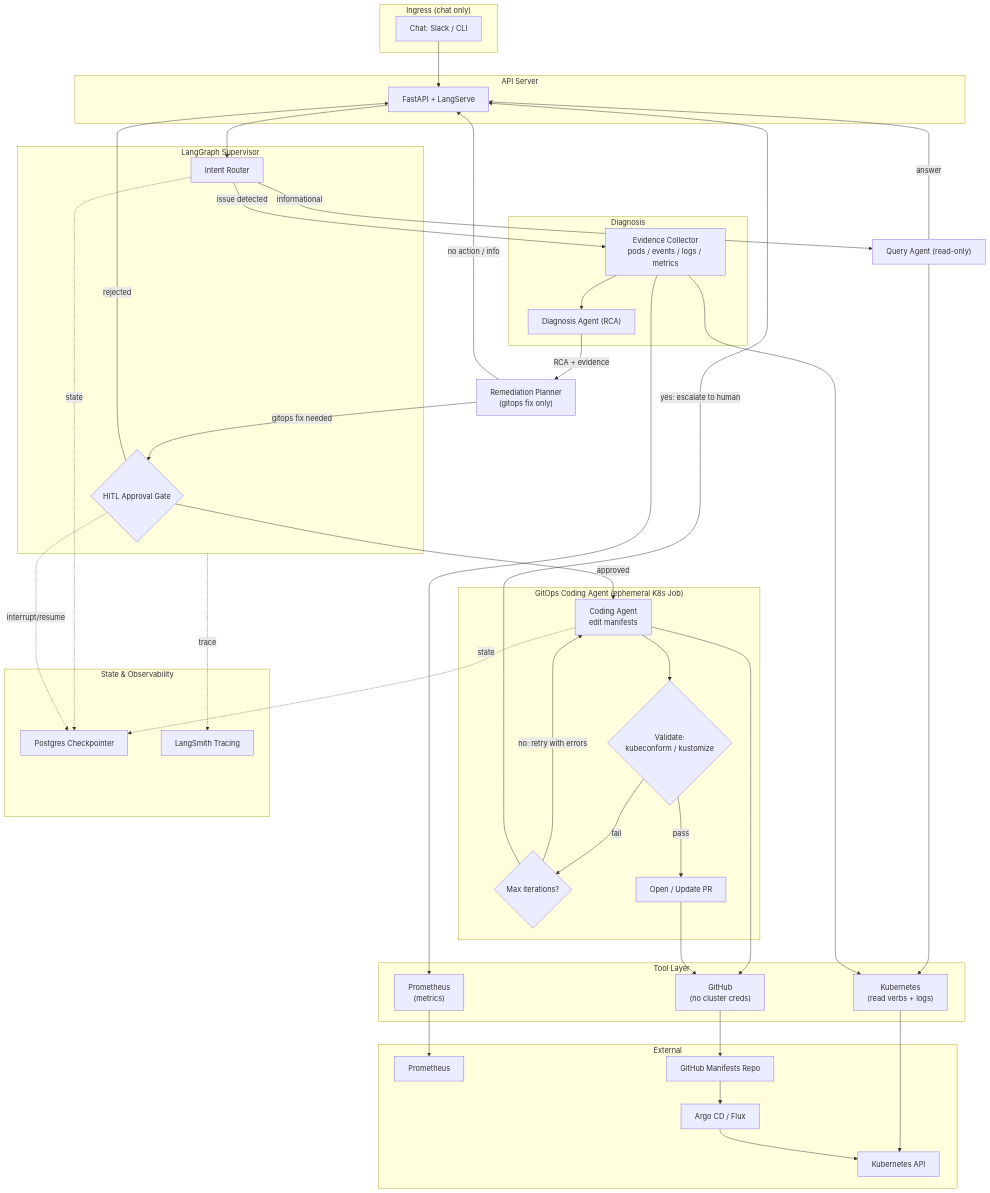
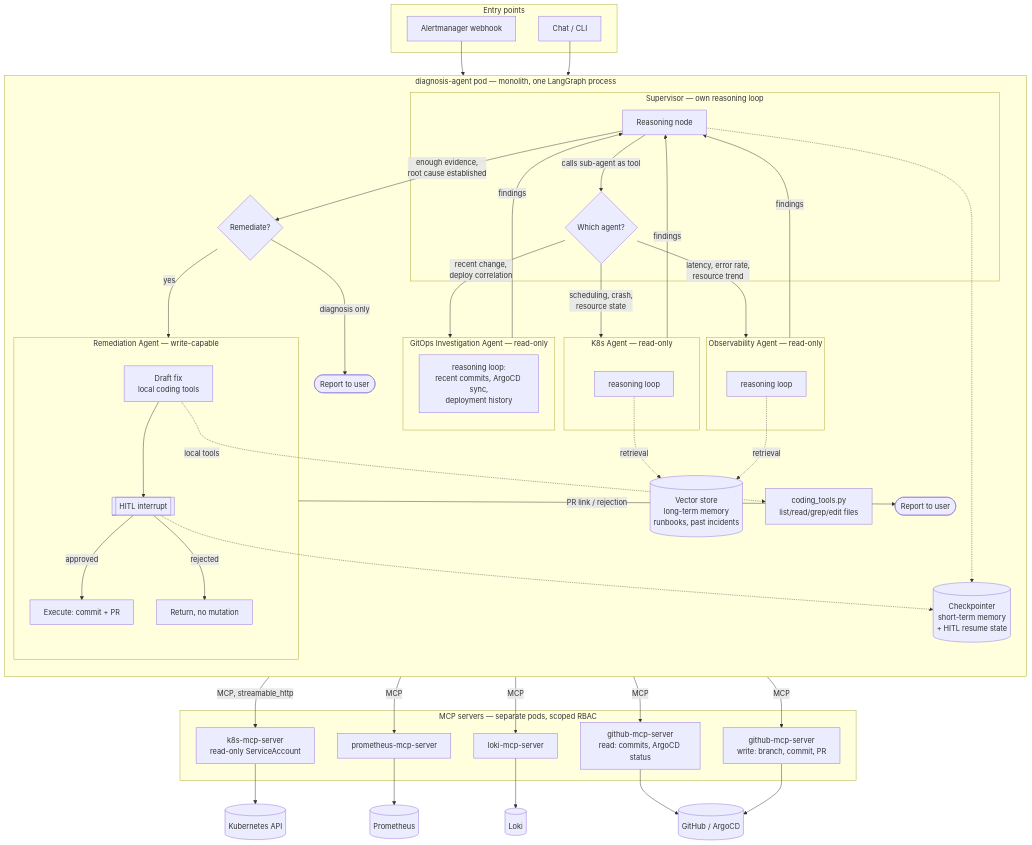
The diagram in README.md (BryMat24/Kubernaut), drawn with Mermaid before and after one commit. The commit also changed 2 other files, not shown here.

Commit message:
finalize README architecture

````diff
--- a/README.md
+++ b/README.md
@@ -16,82 +16,81 @@
 ```mermaid
 flowchart TB
-    subgraph Ingress["Ingress (chat only)"]
-        Chat["Chat: Slack / CLI"]
+    subgraph ENTRY["Entry points"]
+        WEBHOOK[Alertmanager webhook]
+        CHAT[Chat / CLI]
     end
 
-    subgraph Gateway["API Server"]
-        API["FastAPI + LangServe"]
+    WEBHOOK --> SUP
+    CHAT --> SUP
+
+    subgraph AGENT_POD["diagnosis-agent pod — monolith, one LangGraph process"]
+        direction TB
+
+        subgraph SUP_LOOP["Supervisor — own reasoning loop"]
+            SUP[Reasoning node]
+            SUP -->|calls sub-agent as tool| DISPATCH{Which agent?}
+        end
+
+        DISPATCH -->|scheduling, crash,<br/>resource state| K8S_AGENT
+        DISPATCH -->|latency, error rate,<br/>resource trend| OBS_AGENT
+        DISPATCH -->|recent change,<br/>deploy correlation| GITOPS_AGENT
+
+        K8S_AGENT -->|findings| SUP
+        OBS_AGENT -->|findings| SUP
+        GITOPS_AGENT -->|findings| SUP
+
+        SUP -->|enough evidence,<br/>root cause established| REMED_GATE{Remediate?}
+        REMED_GATE -->|yes| REMED_AGENT
+        REMED_GATE -->|diagnosis only| DONE([Report to user])
+
+        subgraph K8S_AGENT["K8s Agent — read-only"]
+            K8S_LOOP[reasoning loop]
+        end
+
+        subgraph OBS_AGENT["Observability Agent — read-only"]
+            OBS_LOOP[reasoning loop]
+        end
+
+        subgraph GITOPS_AGENT["GitOps Investigation Agent — read-only"]
+            GI_LOOP[reasoning loop:<br/>recent commits, ArgoCD sync,<br/>deployment history]
+        end
+
+        subgraph REMED_AGENT["Remediation Agent — write-capable"]
+            RD[Draft fix<br/>local coding tools]
+            RD --> RGATE[[HITL interrupt]]
+            RGATE -->|approved| RE[Execute: commit + PR]
+            RGATE -->|rejected| RR[Return, no mutation]
+        end
+
+        REMED_AGENT -->|PR link / rejection| DONE2([Report to user])
+
+        CHECKPOINT[(Checkpointer<br/>short-term memory<br/>+ HITL resume state)]
+        VECTOR[(Vector store<br/>long-term memory<br/>runbooks, past incidents)]
+
+        SUP -.-> CHECKPOINT
+        RGATE -.-> CHECKPOINT
+        K8S_LOOP -.retrieval.-> VECTOR
+        OBS_LOOP -.retrieval.-> VECTOR
+        RD -.local tools.-> CODING[coding_tools.py<br/>list/read/grep/edit files]
     end
 
-    subgraph Orchestrator["LangGraph Supervisor"]
-        Router["Intent Router"]
-        HITL{"HITL Approval Gate"}
+    K8S_LOOP -->|MCP, streamable_http| K8S_MCP
+    OBS_LOOP -->|MCP| PROM_MCP
+    OBS_LOOP -->|MCP| LOKI_MCP
+    GI_LOOP -->|MCP| GH_READ_MCP
+    RE -->|MCP| GH_WRITE_MCP
+
+    subgraph MCP_TIER["MCP servers — separate pods, scoped RBAC"]
+        K8S_MCP[k8s-mcp-server<br/>read-only ServiceAccount]
+        PROM_MCP[prometheus-mcp-server]
+        LOKI_MCP[loki-mcp-server]
+        GH_READ_MCP[github-mcp-server<br/>read: commits, ArgoCD status]
+        GH_WRITE_MCP[github-mcp-server<br/>write: branch, commit, PR]
     end
 
-    QA["Query Agent (read-only)"]
-
-    subgraph DiagFlow["Diagnosis"]
-        Evidence["Evidence Collector<br/>pods / events / logs / metrics"]
-        Diag["Diagnosis Agent (RCA)"]
-    end
-
-    Planner["Remediation Planner<br/>(gitops fix only)"]
-
-    subgraph CodeFlow["GitOps Coding Agent (ephemeral K8s Job)"]
-        Coder["Coding Agent<br/>edit manifests"]
-        Validate{"Validate:<br/>kubeconform / kustomize"}
-        MaxIter{"Max iterations?"}
-        PR["Open / Update PR"]
-    end
-
-    subgraph MCP["Tool Layer"]
-        K8sMCP["Kubernetes<br/>(read verbs + logs)"]
-        PromMCP["Prometheus<br/>(metrics)"]
-        GHMCP["GitHub<br/>(no cluster creds)"]
-    end
-
-    subgraph State["State & Observability"]
-        CP["Postgres Checkpointer"]
-        Trace["LangSmith Tracing"]
-    end
-
-    subgraph Ext["External"]
-        K8s["Kubernetes API"]
-        Prom["Prometheus"]
-        GH["GitHub Manifests Repo"]
-        CD["Argo CD / Flux"]
-    end
-
-    Chat --> API --> Router
-    Router -->|informational| QA
-    Router -->|issue detected| Evidence
-
-    QA --> K8sMCP
-    QA -->|answer| API
-
-    Evidence --> K8sMCP
-    Evidence --> PromMCP
-    Evidence --> Diag
-    Diag -->|RCA + evidence| Planner
-
-    Planner -->|gitops fix needed| HITL
-    Planner -->|no action / info| API
-    HITL -->|approved| Coder
-    HITL -->|rejected| API
-
-    Coder --> GHMCP
-    Coder --> Validate
-    Validate -->|fail| MaxIter
-    MaxIter -->|no: retry with errors| Coder
-    MaxIter -->|yes: escalate to human| API
-    Validate -->|pass| PR --> GHMCP
-
-    K8sMCP --> K8s
-    PromMCP --> Prom
-    GHMCP --> GH --> CD --> K8s
-
-    Router -.state.-> CP
-    Coder -.state.-> CP
-    HITL -.interrupt/resume.-> CP
-    Orchestrator -.trace.-> Trace
+    K8S_MCP --> K8SAPI[(Kubernetes API)]
+    PROM_MCP --> PROM[(Prometheus)]
+    LOKI_MCP --> LOKI[(Loki)]
+    GH_READ_MCP --> GHUB[(GitHub / ArgoCD)]
+    GH_WRITE_MCP --> GHUB
 ```
````
